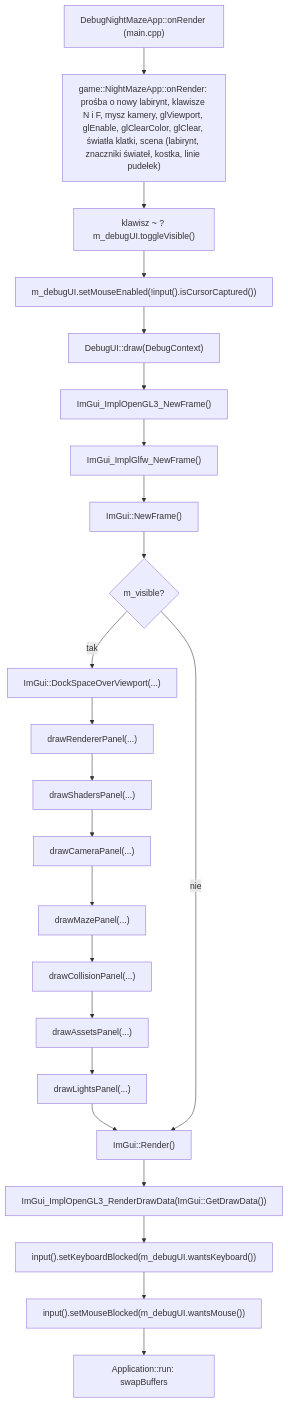
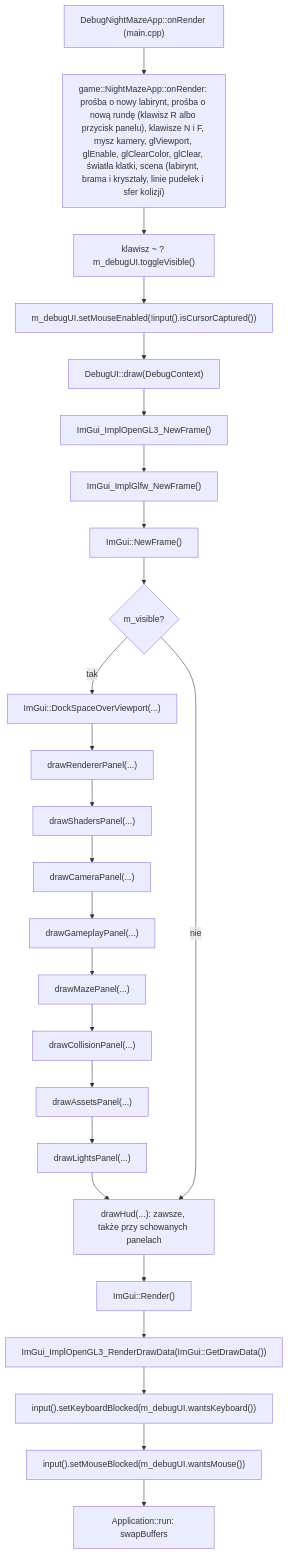
Before and after one commit to Shironex/night-maze: the first of 2 diagrams in docs/modules/debug-ui.md, drawn with Mermaid. The commit also changed other lines of this file and 17 other files, not shown here.

Commit message:
feat(debug): add the game hud and the gameplay panel

````diff
--- a/docs/modules/debug-ui.md
+++ b/docs/modules/debug-ui.md
@@ -24,25 +24,27 @@
 ```mermaid
 flowchart TD
-    A["DebugNightMazeApp::onRender (main.cpp)"] --> B["game::NightMazeApp::onRender: prośba o nowy labirynt, klawisze N i F, mysz kamery, glViewport, glEnable, glClearColor, glClear, światła klatki, scena (labirynt, znaczniki świateł, kostka, linie pudełek)"]
+    A["DebugNightMazeApp::onRender (main.cpp)"] --> B["game::NightMazeApp::onRender: prośba o nowy labirynt, prośba o nową rundę (klawisz R albo przycisk panelu), klawisze N i F, mysz kamery, glViewport, glEnable, glClearColor, glClear, światła klatki, scena (labirynt, brama i kryształy, linie pudełek i sfer kolizji)"]
     B --> T["klawisz ~ ? m_debugUI.toggleVisible()"]
     T --> ME["m_debugUI.setMouseEnabled(!input().isCursorCaptured())"]
     ME --> C["DebugUI::draw(DebugContext)"]
     C --> D["ImGui_ImplOpenGL3_NewFrame()"]
     D --> E["ImGui_ImplGlfw_NewFrame()"]
     E --> F["ImGui::NewFrame()"]
     F --> G{"m_visible?"}
     G -->|tak| H["ImGui::DockSpaceOverViewport(...)"]
     H --> I["drawRendererPanel(...)"]
     I --> S["drawShadersPanel(...)"]
     S --> CP["drawCameraPanel(...)"]
-    CP --> MP["drawMazePanel(...)"]
+    CP --> GP["drawGameplayPanel(...)"]
+    GP --> MP["drawMazePanel(...)"]
     MP --> CO["drawCollisionPanel(...)"]
     CO --> AP["drawAssetsPanel(...)"]
     AP --> LP["drawLightsPanel(...)"]
-    LP --> J["ImGui::Render()"]
-    G -->|nie| J
+    LP --> HUD["drawHud(...): zawsze, także przy schowanych panelach"]
+    G -->|nie| HUD
+    HUD --> J["ImGui::Render()"]
     J --> K["ImGui_ImplOpenGL3_RenderDrawData(ImGui::GetDrawData())"]
     K --> M["input().setKeyboardBlocked(m_debugUI.wantsKeyboard())"]
     M --> N["input().setMouseBlocked(m_debugUI.wantsMouse())"]
     N --> L["Application::run: swapBuffers"]
 ```
````
